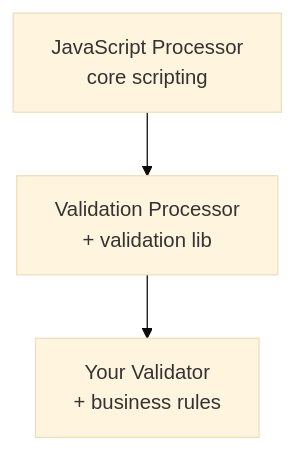
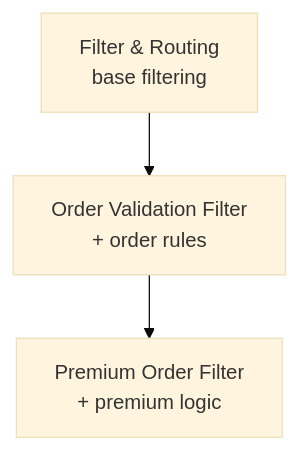
One commit to layline-io/layline-doc changed the second of 6 diagrams in docs/project/building-workflows.md. Above: the diagram before and after it, drawn with Mermaid (base theme). The commit also changed other lines of this file, not shown here.

Commit message:
LAY-89: Fix Flow Processor inheritance and message metadata docs

````diff
--- a/docs/project/building-workflows.md
+++ b/docs/project/building-workflows.md
@@ -176,5 +176,5 @@
 ```mermaid
 flowchart TD
-    A[JavaScript Processor<br/>core scripting] --> B[Validation Processor<br/>+ validation lib]
-    B --> C[Your Validator<br/>+ business rules]
+    A[Filter & Routing<br/>base filtering] --> B[Order Validation Filter<br/>+ order rules]
+    B --> C[Premium Order Filter<br/>+ premium logic]
 ```
````
